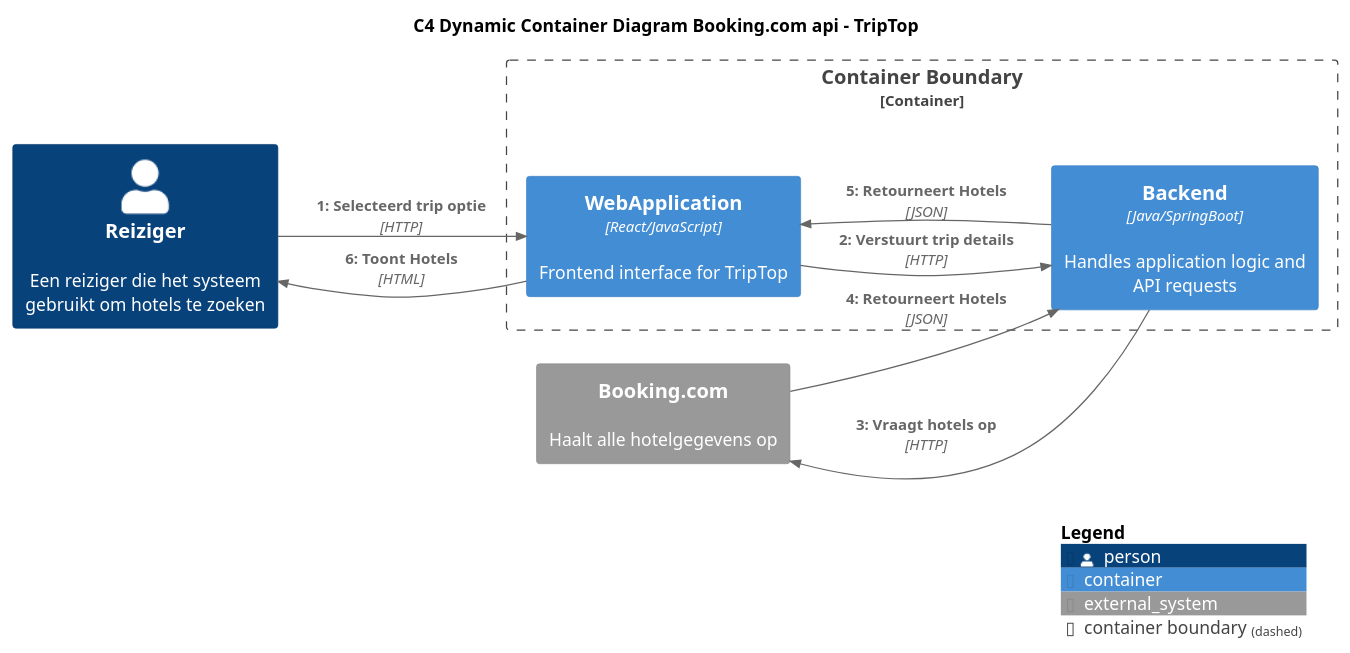
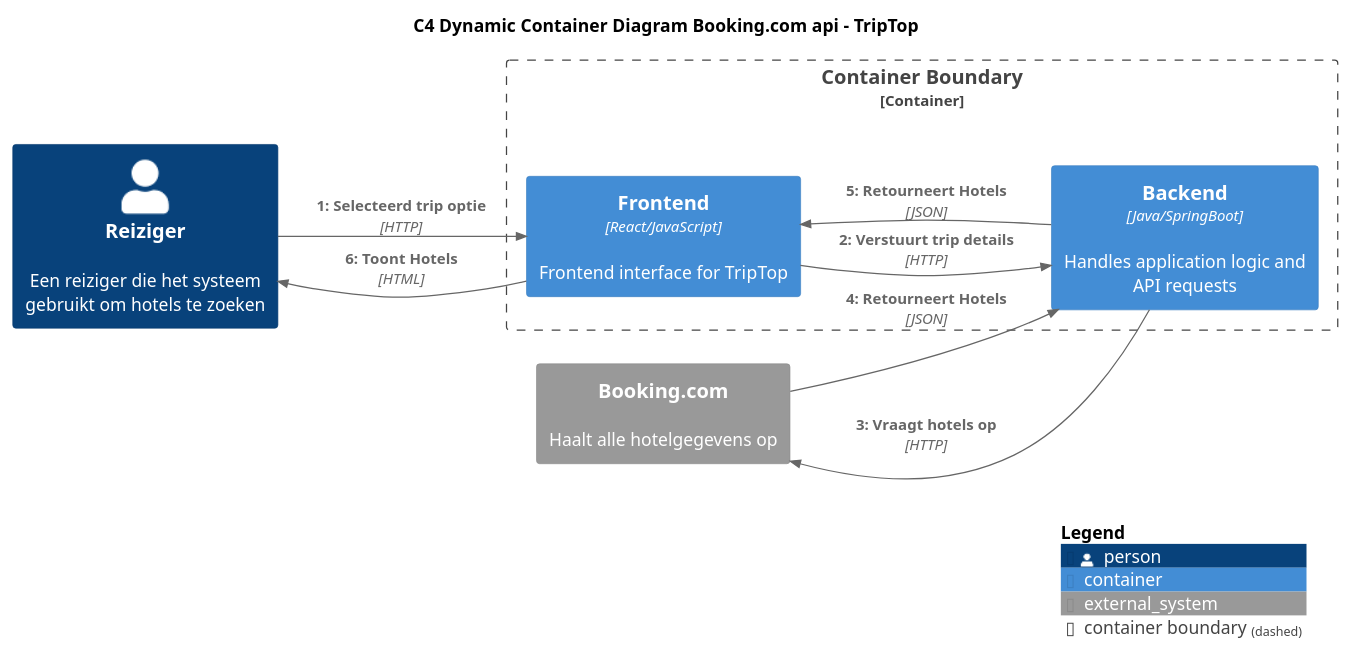
Before and after one commit to AIM-ENE-feb25/triptop-groep-b4: the diagram in C4_diagrammen/DynamicContainerDiagramBooking.puml, drawn with PlantUML. The commit also changed 13 other files, not shown here.

```diff
--- a/C4_diagrammen/DynamicContainerDiagramBooking.puml
+++ b/C4_diagrammen/DynamicContainerDiagramBooking.puml
@@ -1,25 +1,25 @@
 @startuml
 !include https://raw.githubusercontent.com/plantuml-stdlib/C4-PlantUML/master/C4_Container.puml
 
 title C4 Dynamic Container Diagram Booking.com api - TripTop
 left to right direction
 
-Person(Reiziger, "Reiziger", "Een reiziger die het systeem gebruikt om hotels te zoeken")
+Person(Reiziger, "Reiziger", "Een reiziger die het systeem gebruikt om hotels te zoeken",)
 
 Container_Boundary(ContainerBoundary, "Container Boundary") {
-    Container(WebApp, "WebApplication", "React/JavaScript", "Frontend interface for TripTop")
+    Container(Frontend, "Frontend", "React/JavaScript", "Frontend interface for TripTop")
     Container(Backend, "Backend", "Java/SpringBoot", "Handles application logic and API requests")
 }
 
 System_Ext(BookingCom, "Booking.com", "Haalt alle hotelgegevens op")
 
-Rel(Reiziger, WebApp, "1: Selecteerd trip optie", $techn="HTTP", $tags="", $link="")
-Rel(WebApp, Backend, "2: Verstuurt trip details", $techn="HTTP", $tags="", $link="")
+Rel(Reiziger, Frontend, "1: Selecteerd trip optie", $techn="HTTP", $tags="", $link="")
+Rel(Frontend, Backend, "2: Verstuurt trip details", $techn="HTTP", $tags="", $link="")
 Rel(Backend, BookingCom,"3: Vraagt hotels op", $techn="HTTP", $tags="", $link="")
 Rel(BookingCom, Backend, "4: Retourneert Hotels", $techn="JSON", $tags="", $link="")
-Rel(Backend, WebApp, "5: Retourneert Hotels", $techn="JSON", $tags="", $link="")
-Rel(WebApp, Reiziger, "6: Toont Hotels", $techn="HTML", $tags="", $link="")
+Rel(Backend, Frontend, "5: Retourneert Hotels", $techn="JSON", $tags="", $link="")
+Rel(Frontend, Reiziger, "6: Toont Hotels", $techn="HTML", $tags="", $link="")
 
 
 SHOW_LEGEND(true)
 @enduml
```
